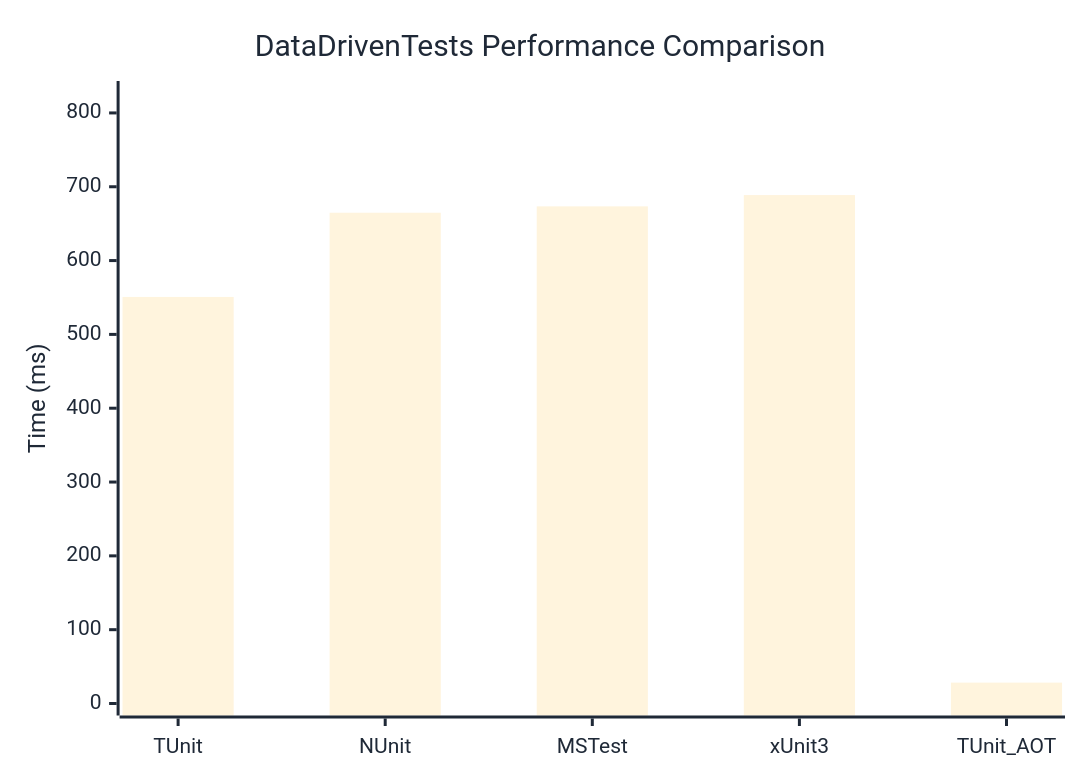
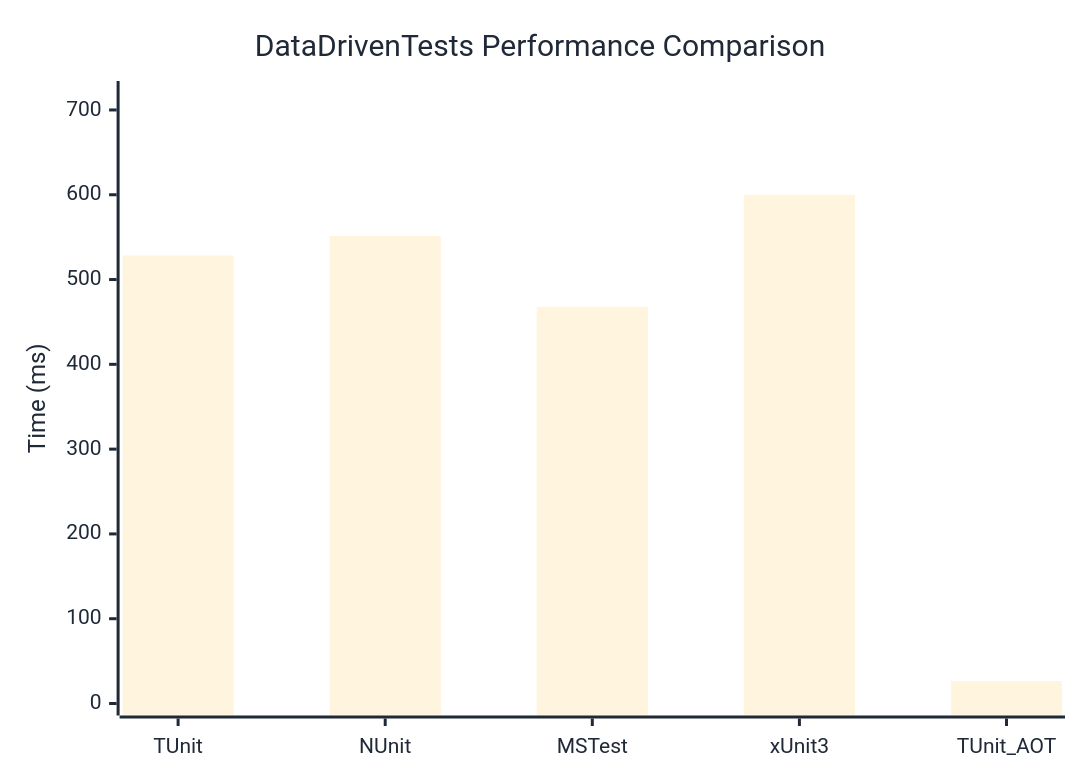
Before and after one commit to thomhurst/TUnit: the diagram in docs/docs/benchmarks/DataDrivenTests.md, drawn with Mermaid. The commit also changed other lines of this file and 37 other files, not shown here.

````diff
--- a/docs/docs/benchmarks/DataDrivenTests.md
+++ b/docs/docs/benchmarks/DataDrivenTests.md
@@ -27,37 +27,37 @@
 ```mermaid
 %%{init: {
   'theme':'base',
   'themeVariables': {
     'primaryColor': '#2563eb',
     'primaryTextColor': '#1f2937',
     'primaryBorderColor': '#1e40af',
     'lineColor': '#6b7280',
     'secondaryColor': '#7c3aed',
     'tertiaryColor': '#dc2626',
     'background': '#ffffff',
     'mainBkg': '#2563eb',
     'secondBkg': '#7c3aed',
     'tertiaryBkg': '#dc2626',
     'clusterBkg': '#f3f4f6',
     'edgeLabelBackground': '#ffffff',
     'tertiaryTextColor': '#1f2937',
     'pie1': '#2563eb',
     'pie2': '#7c3aed',
     'pie3': '#dc2626',
     'pie4': '#f59e0b',
     'pie5': '#10b981',
     'pie6': '#06b6d4',
     'pie7': '#ec4899',
     'pie8': '#6366f1',
     'pie9': '#84cc16',
     'pie10': '#f97316',
     'pie11': '#14b8a6',
     'pie12': '#a855f7'
   }
 }}%%
 xychart-beta
   title "DataDrivenTests Performance Comparison"
   x-axis ["TUnit", "NUnit", "MSTest", "xUnit3", "TUnit_AOT"]
-  y-axis "Time (ms)" 0 --> 827
-  bar [550.75, 664.82, 673.45, 688.72, 28.3]
+  y-axis "Time (ms)" 0 --> 720
+  bar [528.39, 551.25, 467.85, 599.96, 26.5]
 ```
````
